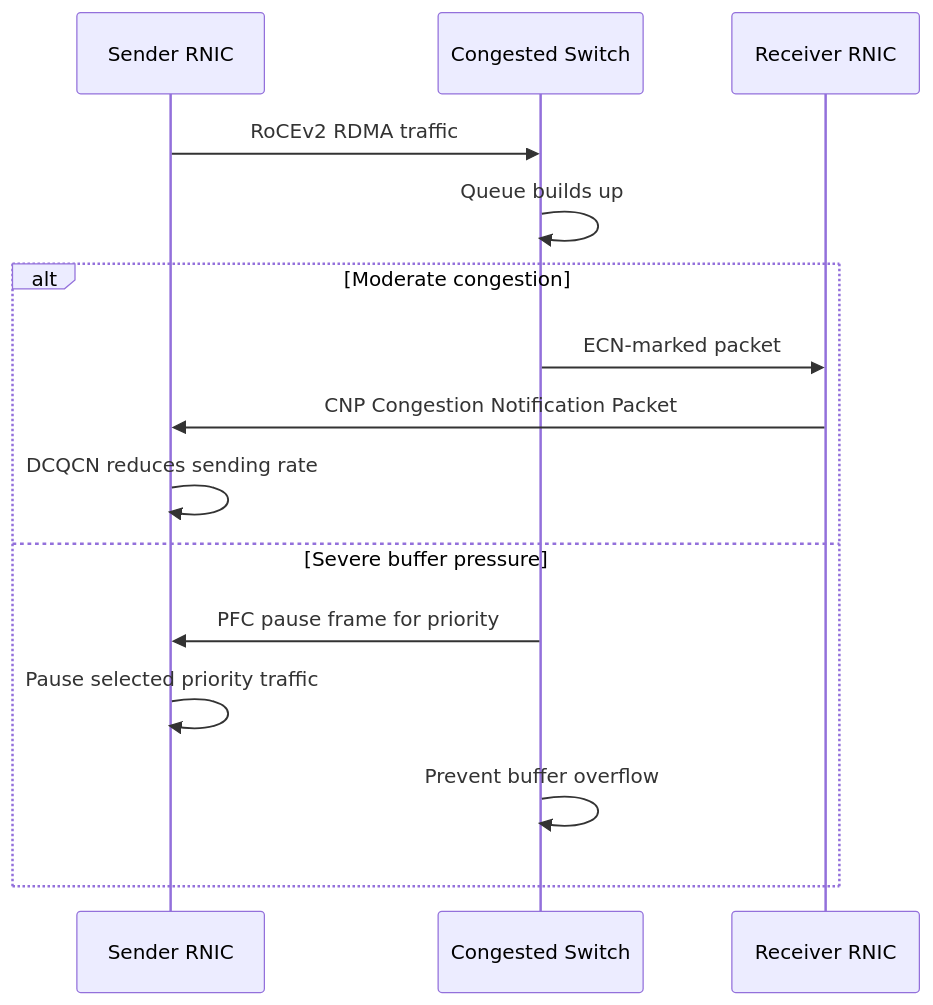
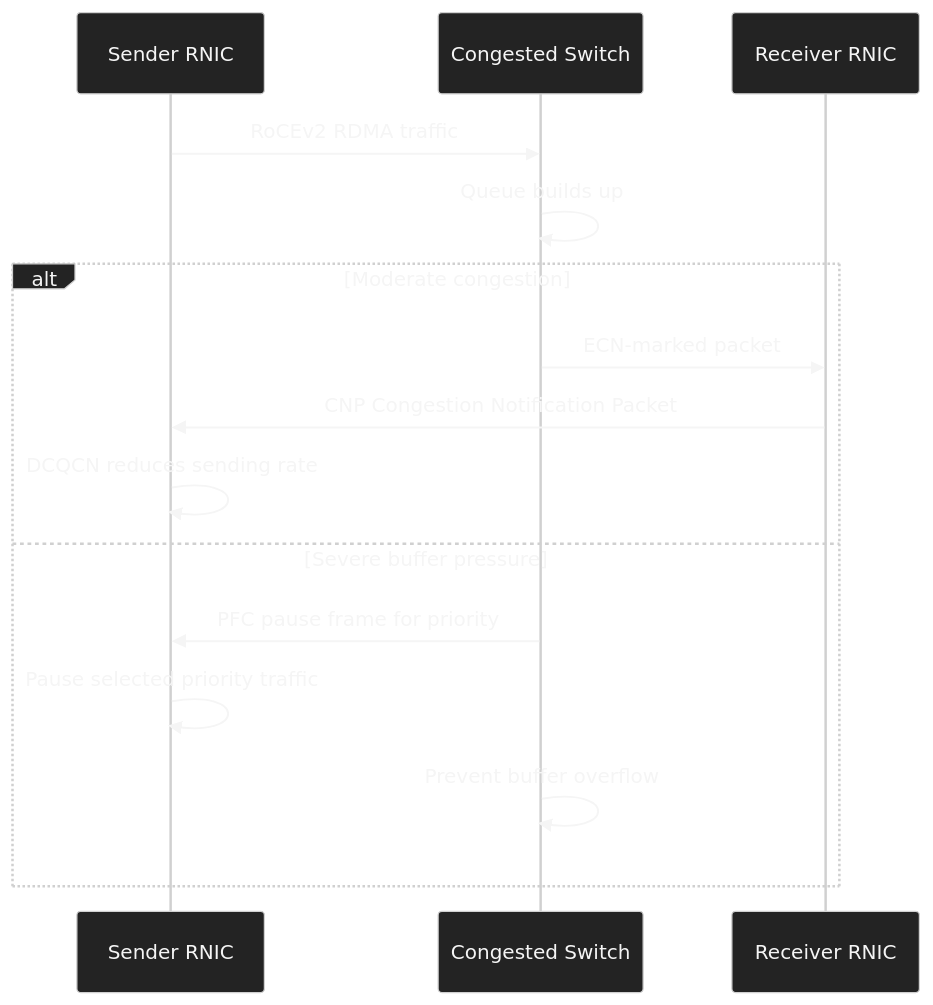
Before and after one commit to ziwon/ai-data-center-network: diagram 11 of 12 in ai-data-center-network/chap02/README.md, drawn with Mermaid. The commit also changed other lines of this file and 35 other files, not shown here.

Commit message:
docs(mermaid): apply dark diagram style

````diff
--- a/ai-data-center-network/chap02/README.md
+++ b/ai-data-center-network/chap02/README.md
@@ -988,19 +998,20 @@
-```mermaid 
+```mermaid
+%%{init: {"theme": "base", "themeVariables": {"background": "#171717", "primaryColor": "#232323", "primaryTextColor": "#f5f5f5", "primaryBorderColor": "#d0d0d0", "lineColor": "#cfcfcf", "fontFamily": "Inter, Arial, sans-serif"}}}%%
 sequenceDiagram
     participant S as Sender RNIC
     participant SW as Congested Switch
     participant R as Receiver RNIC
 
     S->>SW: RoCEv2 RDMA traffic
     SW->>SW: Queue builds up
 
     alt Moderate congestion
         SW->>R: ECN-marked packet
         R->>S: CNP Congestion Notification Packet
         S->>S: DCQCN reduces sending rate
     else Severe buffer pressure
         SW->>S: PFC pause frame for priority
         S->>S: Pause selected priority traffic
         SW->>SW: Prevent buffer overflow
     end
 ```
````
